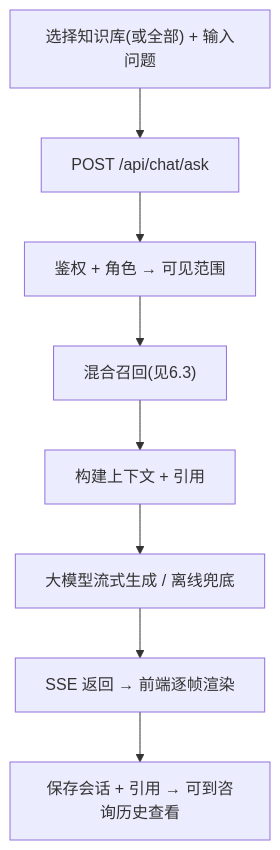
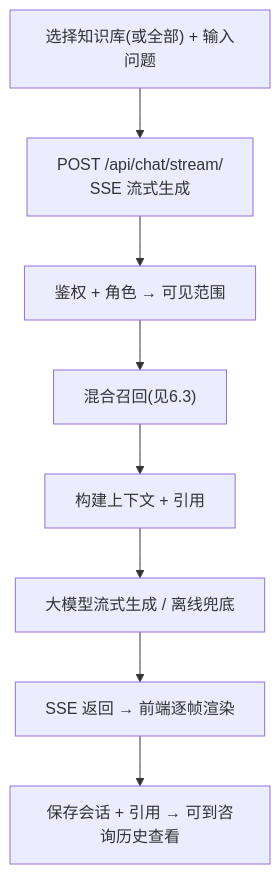
One commit to SFANBLOG/medical-assistant-master changed diagram 12 of 14 in 面试准备/项目完整架构与流程图.md. Above: the diagram before and after it, drawn with Mermaid. The commit also changed other lines of this file and 3 other files, not shown here.

````diff
--- a/面试准备/项目完整架构与流程图.md
+++ b/面试准备/项目完整架构与流程图.md
@@ -315,10 +316,10 @@
 ```mermaid
 flowchart TD
-    U["选择知识库(或全部) + 输入问题"] --> A["POST /api/chat/ask"]
+    U["选择知识库(或全部) + 输入问题"] --> A["POST /api/chat/stream/<conv_id><br/>SSE 流式生成"]
     A --> B["鉴权 + 角色 → 可见范围"]
     B --> C["混合召回(见6.3)"]
     C --> D["构建上下文 + 引用"]
     D --> E["大模型流式生成 / 离线兜底"]
     E --> F["SSE 返回 → 前端逐帧渲染"]
     F --> G["保存会话 + 引用 → 可到咨询历史查看"]
 ```
````
